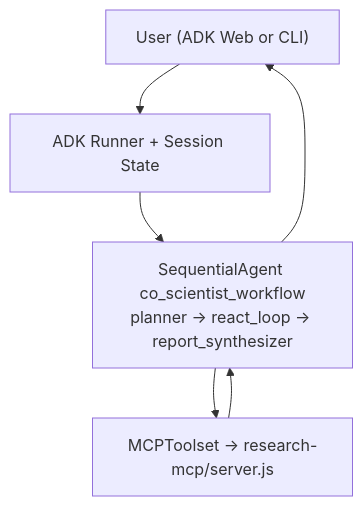
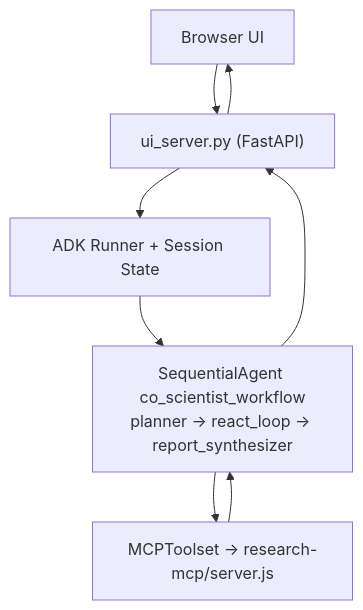
One commit to povilaskarvelis/neuro-copilot changed the first of 2 diagrams in README.md. Above: the diagram before and after it, drawn with Mermaid. The commit also changed other lines of this file, not shown here.

First line of the commit message:
Update README with current architecture, all 19 databases, and actual tool inventory

````diff
--- a/README.md
+++ b/README.md
@@ -20,8 +36,10 @@
 ```mermaid
 flowchart TB
-    U["User (ADK Web or CLI)"] --> R["ADK Runner + Session State"]
+    U["Browser UI"] --> S["ui_server.py (FastAPI)"]
+    S --> R["ADK Runner + Session State"]
     R --> W["SequentialAgent co_scientist_workflow<br/>planner → react_loop → report_synthesizer"]
     W --> M["MCPToolset → research-mcp/server.js"]
     M --> W
-    W --> U
+    W --> S
+    S --> U
 ```
````
